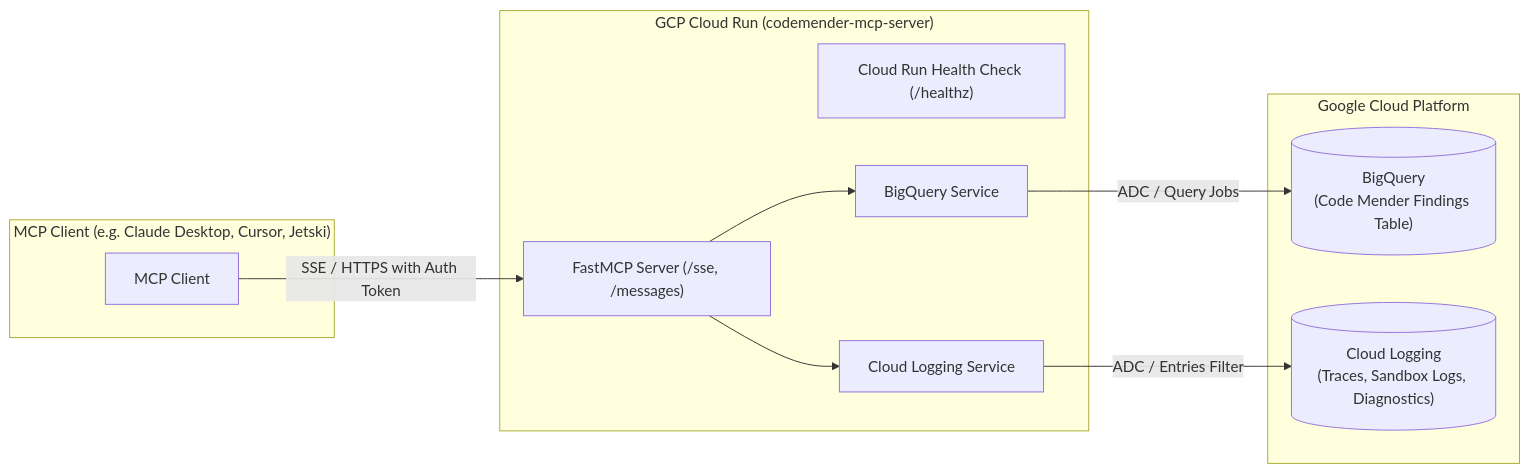
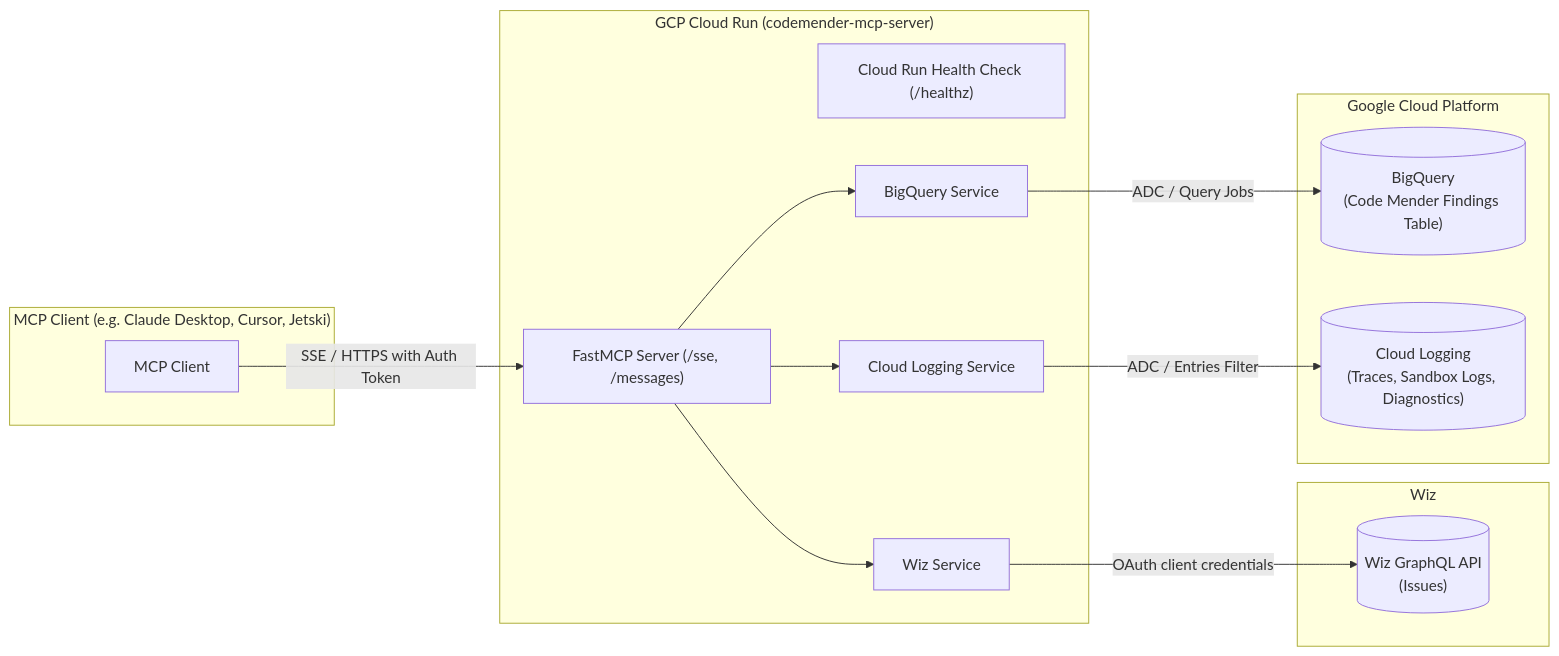
One commit to avnit/codemender-mcp changed the diagram in README.md. Above: the diagram before and after it, drawn with Mermaid. The commit also changed other lines of this file and 5 other files, not shown here.

````diff
--- a/README.md
+++ b/README.md
@@ -9,24 +9,31 @@
 ```mermaid
 flowchart LR
     subgraph Client["MCP Client (e.g. Claude Desktop, Cursor, Jetski)"]
         A[MCP Client]
     end
 
     subgraph CloudRun["GCP Cloud Run (codemender-mcp-server)"]
         B["FastMCP Server (/sse, /messages)"]
         C["Cloud Run Health Check (/healthz)"]
         D["BigQuery Service"]
         E["Cloud Logging Service"]
+        W["Wiz Service"]
         B --> D
         B --> E
+        B --> W
+    end
+
+    subgraph Wiz["Wiz"]
+        X[("Wiz GraphQL API\n(Issues)")]
+        W -->|OAuth client credentials| X
     end
 
     subgraph GCP["Google Cloud Platform"]
         F[("BigQuery\n(Code Mender Findings Table)")]
         G[("Cloud Logging\n(Traces, Sandbox Logs, Diagnostics)")]
         D -->|ADC / Query Jobs| F
         E -->|ADC / Entries Filter| G
     end
 
     A -->|SSE / HTTPS with Auth Token| B
 ```
````
